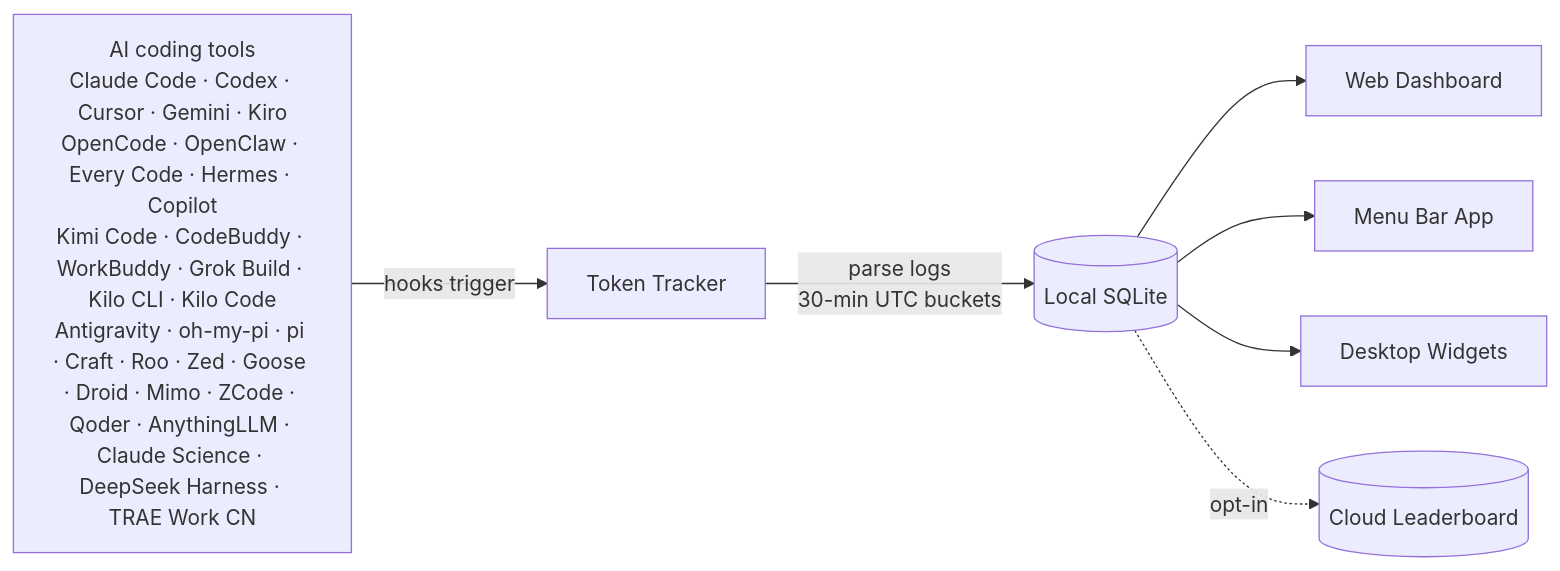
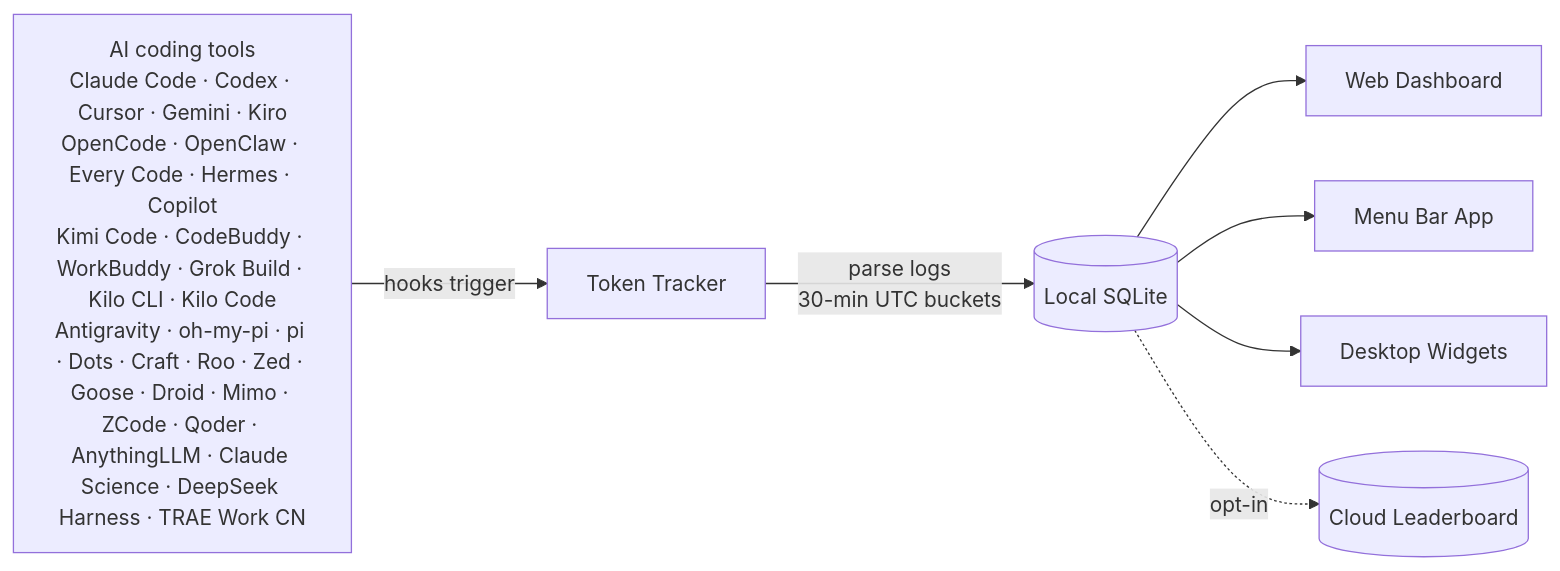
The diagram in README.md (CrazyForks/TokenTracker), drawn with Mermaid before and after one commit. The commit also changed other lines of this file and 16 other files, not shown here.

````diff
--- a/README.md
+++ b/README.md
@@ -298,10 +299,10 @@
 ```mermaid
 flowchart LR
-    A["AI coding tools<br/>Claude Code · Codex · Cursor · Gemini · Kiro<br/>OpenCode · OpenClaw · Every Code · Hermes · Copilot<br/>Kimi Code · CodeBuddy · WorkBuddy · Grok Build · Kilo CLI · Kilo Code<br/>Antigravity · oh-my-pi · pi · Craft · Roo · Zed · Goose · Droid · Mimo · ZCode · Qoder · AnythingLLM · Claude Science · DeepSeek Harness · TRAE Work CN"]
+    A["AI coding tools<br/>Claude Code · Codex · Cursor · Gemini · Kiro<br/>OpenCode · OpenClaw · Every Code · Hermes · Copilot<br/>Kimi Code · CodeBuddy · WorkBuddy · Grok Build · Kilo CLI · Kilo Code<br/>Antigravity · oh-my-pi · pi · Dots · Craft · Roo · Zed · Goose · Droid · Mimo · ZCode · Qoder · AnythingLLM · Claude Science · DeepSeek Harness · TRAE Work CN"]
     A -->|hooks trigger| B[Token Tracker]
     B -->|parse logs<br/>30-min UTC buckets| C[(Local SQLite)]
     C --> D[Web Dashboard]
     C --> E[Menu Bar App]
     C --> F[Desktop Widgets]
     C -.->|opt-in| G[(Cloud Leaderboard)]
 ```
````
